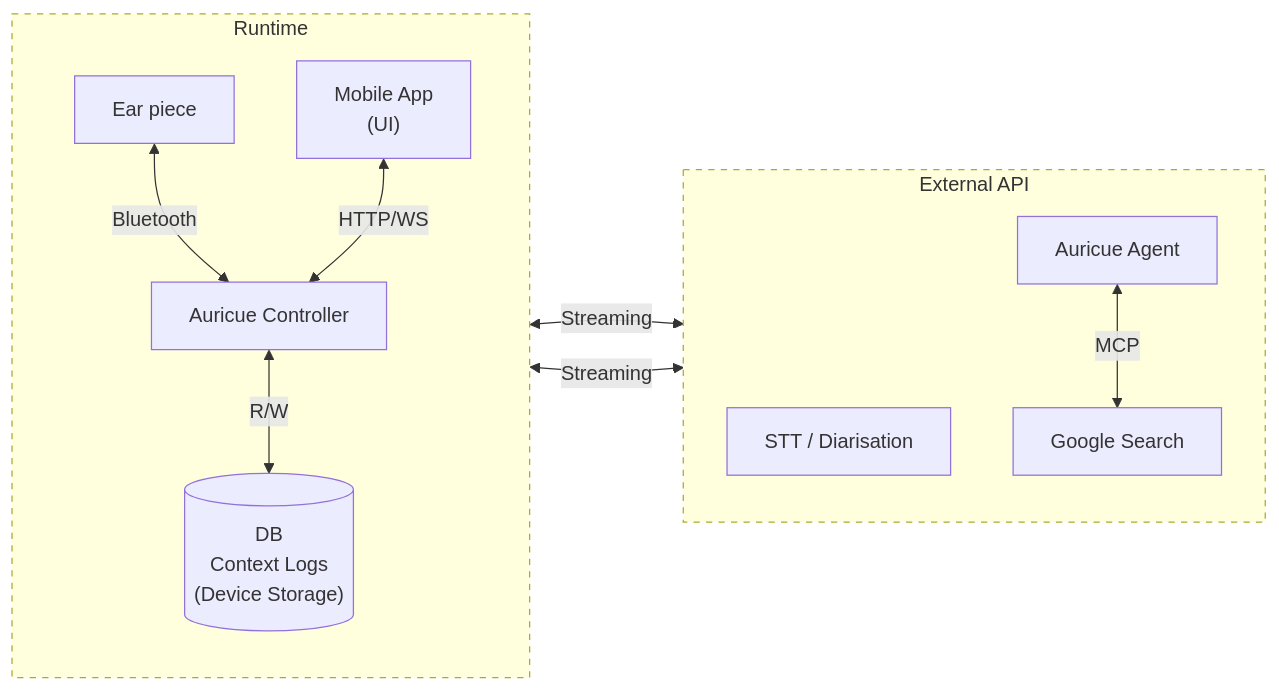
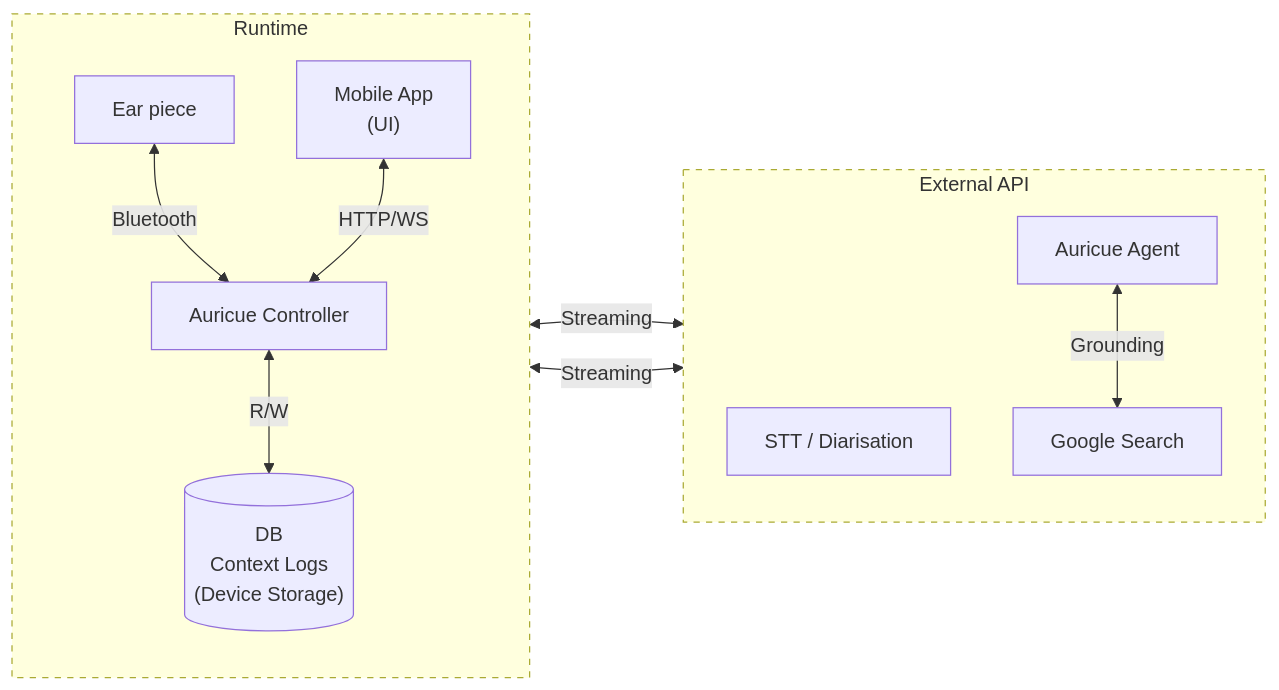
Before and after one commit to Teinc3/Auricue: the first of 2 diagrams in docs/design.md, drawn with Mermaid. The commit also changed other lines of this file and 3 other files, not shown here.

````diff
--- a/docs/design.md
+++ b/docs/design.md
@@ -30,29 +30,29 @@
 ```mermaid
 flowchart LR
     subgraph Runtime ["Runtime"]
         direction TB
         EarPiece["Ear piece"]
         App["Mobile App<br/>(UI)"]
         Controller["Auricue Controller"]
         DB[("DB<br/>Context Logs<br/>(Device Storage)")]
 
         EarPiece <-->|Bluetooth| Controller
         App <-->|HTTP/WS| Controller
         Controller <-->|R/W| DB
     end
 
     subgraph ExternalAPI ["External API"]
         direction TB
         STT["STT / Diarisation"]
         Agent["Auricue Agent"]
         Search["Google Search"]
 
-        Agent <-->|MCP| Search
+        Agent <-->|Grounding| Search
     end
 
     Controller <-->|Streaming| STT
     Controller <-->|Streaming| Agent
 
     style Runtime stroke-dasharray: 5 5
     style ExternalAPI stroke-dasharray: 5 5
 ```
````
